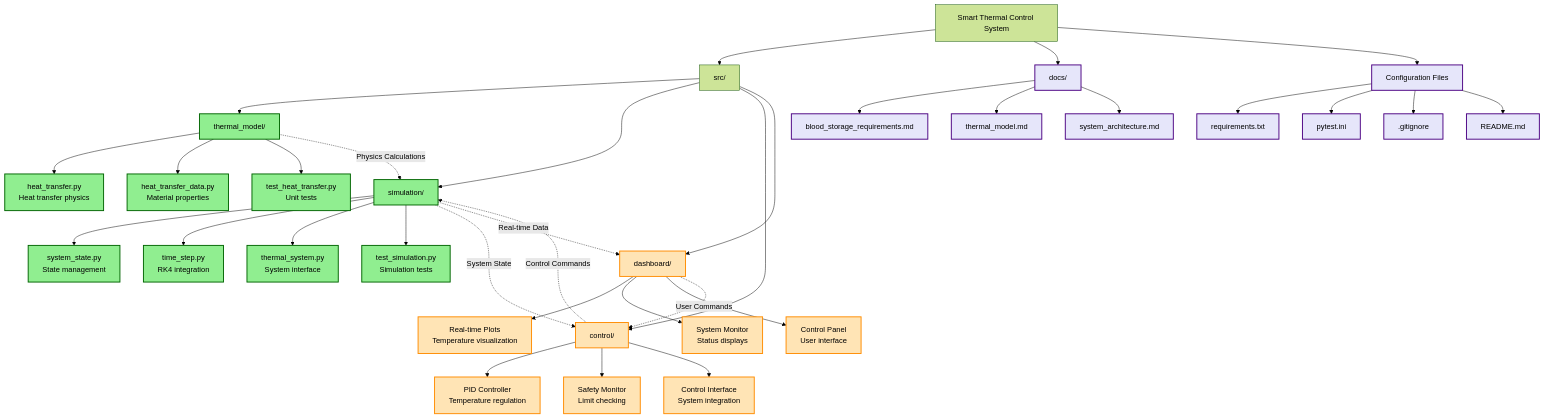
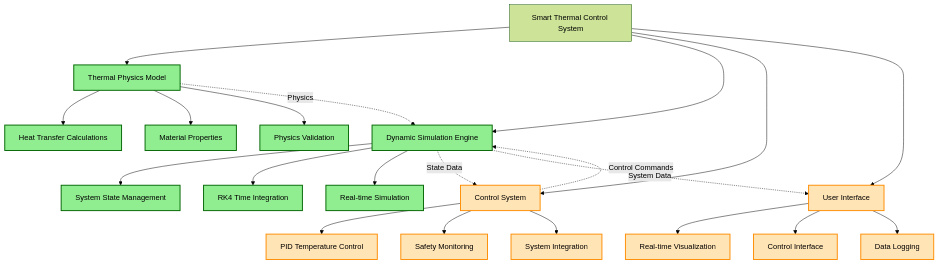
One commit to zkalam/smart-thermal-control changed the diagram in README.md. Above: the diagram before and after it, drawn with Mermaid (forest theme). The commit also changed other lines of this file, not shown here.

````diff
--- a/README.md
+++ b/README.md
@@ -51,53 +48,36 @@
 ```mermaid
 graph TD;
-    A[Smart Thermal Control System] --> B[src/];
-    A --> C[docs/];
-    A --> D[Configuration Files];
+    A[Smart Thermal Control System] --> B[Thermal Physics Model];
+    A --> C[Dynamic Simulation Engine];
+    A --> D[Control System];
+    A --> E[User Interface];
     
-    B --> E[thermal_model/];
-    B --> F[simulation/];
-    B --> G[control/];
-    B --> H[dashboard/];
+    B --> B1[Heat Transfer Calculations];
+    B --> B2[Material Properties];
+    B --> B3[Physics Validation];
     
-    E --> E1[heat_transfer.py<br/>Heat transfer physics];
-    E --> E2[heat_transfer_data.py<br/>Material properties];
-    E --> E3[test_heat_transfer.py<br/>Unit tests];
+    C --> C1[System State Management];
+    C --> C2[RK4 Time Integration];
+    C --> C3[Real-time Simulation];
     
-    F --> F1[system_state.py<br/>State management];
-    F --> F2[time_step.py<br/>RK4 integration];
-    F --> F3[thermal_system.py<br/>System interface];
-    F --> F4[test_simulation.py<br/>Simulation tests];
+    D --> D1[PID Temperature Control];
+    D --> D2[Safety Monitoring];
+    D --> D3[System Integration];
     
-    G --> G1[PID Controller<br/>Temperature regulation];
-    G --> G2[Safety Monitor<br/>Limit checking];
-    G --> G3[Control Interface<br/>System integration];
+    E --> E1[Real-time Visualization];
+    E --> E2[Control Interface];
+    E --> E3[Data Logging];
     
-    H --> H1[Real-time Plots<br/>Temperature visualization];
-    H --> H2[System Monitor<br/>Status displays];
-    H --> H3[Control Panel<br/>User interface];
-    
-    C --> C1[blood_storage_requirements.md];
-    C --> C2[thermal_model.md];
-    C --> C3[system_architecture.md];
-    
-    D --> D1[requirements.txt];
-    D --> D2[pytest.ini];
-    D --> D3[.gitignore];
-    D --> D4[README.md];
-    
-    %% Data flow arrows
-    E -.->|Physics Calculations| F;
-    F -.->|System State| G;
-    G -.->|Control Commands| F;
-    F -.->|Real-time Data| H;
-    H -.->|User Commands| G;
+    %% Data flow
+    B -.->|Physics| C;
+    C -.->|State Data| D;
+    D -.->|Control Commands| C;
+    C -.->|System Data| E;
     
     %% Styling
     classDef implemented fill:#90EE90,stroke:#006400,stroke-width:2px;
-    classDef planned fill:#FFE4B5,stroke:#FF8C00,stroke-width:2px;
-    classDef config fill:#E6E6FA,stroke:#4B0082,stroke-width:2px;
+    classDef development fill:#FFE4B5,stroke:#FF8C00,stroke-width:2px;
     
-    class E,E1,E2,E3,F,F1,F2,F3,F4 implemented;
-    class G,G1,G2,G3,H,H1,H2,H3 planned;
-    class C,C1,C2,C3,D,D1,D2,D3,D4 config;
+    class B,B1,B2,B3,C,C1,C2,C3 implemented;
+    class D,D1,D2,D3,E,E1,E2,E3 development;
 ```
````
